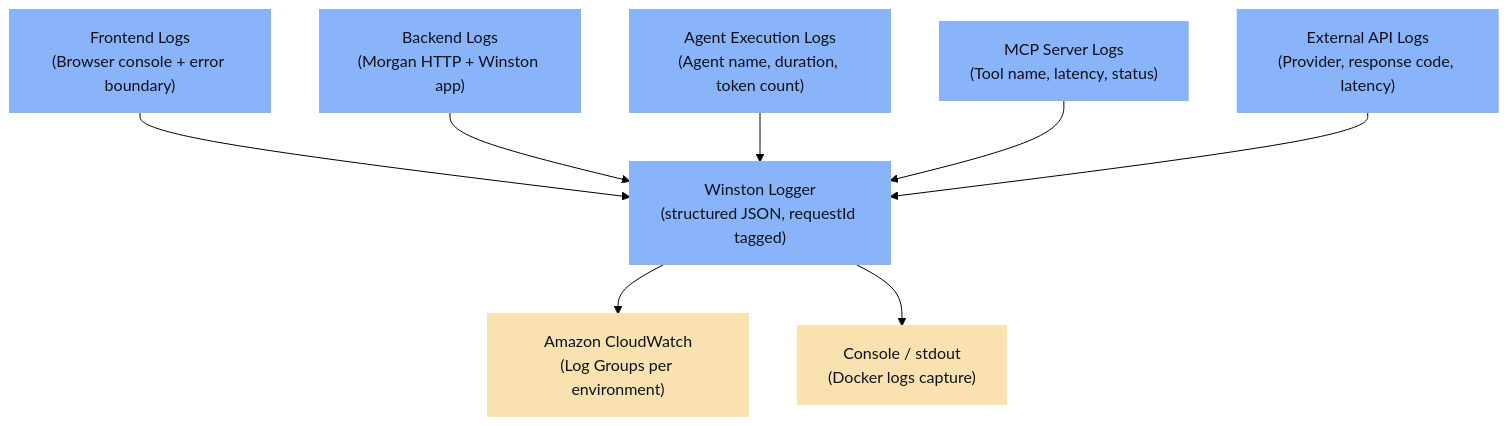
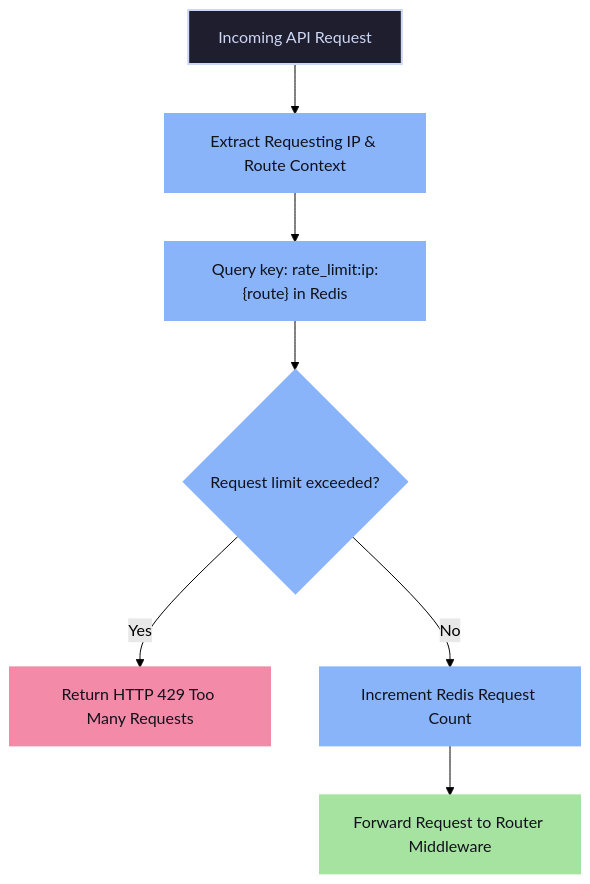
One commit to Dhayananth1511/CapStoneProject_Presidio_InternShip changed diagram 12 of 12 in README.md. Above: the diagram before and after it, drawn with Mermaid (forest theme). The commit also changed other lines of this file, not shown here.

Commit message:
Final Flow Chart

````diff
--- a/README.md
+++ b/README.md
@@ -940,21 +861,17 @@
 ```mermaid
 graph TD
     classDef default fill:#1e1e2e,stroke:#cdd6f4,stroke-width:2px,color:#cdd6f4;
-    classDef log fill:#89b4fa,stroke:#89b4fa,stroke-width:2px,color:#11111b;
-    classDef store fill:#f9e2af,stroke:#f9e2af,stroke-width:2px,color:#11111b;
+    classDef process fill:#89b4fa,stroke:#89b4fa,stroke-width:2px,color:#11111b;
+    classDef allow fill:#a6e3a1,stroke:#a6e3a1,stroke-width:2px,color:#11111b;
+    classDef deny fill:#f38ba8,stroke:#f38ba8,stroke-width:2px,color:#11111b;
 
-    FELog["Frontend Logs<br/>(Browser console + error boundary)"]:::log
-    BELog["Backend Logs<br/>(Morgan HTTP + Winston app)"]:::log
-    AgentLog["Agent Execution Logs<br/>(Agent name, duration, token count)"]:::log
-    MCPLog["MCP Server Logs<br/>(Tool name, latency, status)"]:::log
-    APILog["External API Logs<br/>(Provider, response code, latency)"]:::log
+    HttpRequest["Incoming API Request"] --> ExtractIP["Extract Requesting IP & Route Context"]:::process
+    ExtractIP --> RedisLookup["Query key: rate_limit:ip:{route} in Redis"]:::process
     
-    FELog --> Winston["Winston Logger<br/>(structured JSON, requestId tagged)"]:::log
-    BELog --> Winston
-    AgentLog --> Winston
-    MCPLog --> Winston
-    APILog --> Winston
+    RedisLookup --> IPExists{"Request limit exceeded?"}:::process
     
-    Winston --> CW["Amazon CloudWatch<br/>(Log Groups per environment)"]:::store
-    Winston --> Console["Console / stdout<br/>(Docker logs capture)"]:::store
+    IPExists -->|Yes| ThrottleReturn["Return HTTP 429 Too Many Requests"]:::deny
+    IPExists -->|No| IncrementCount["Increment Redis Request Count"]:::process
+    
+    IncrementCount --> PassToRouter["Forward Request to Router Middleware"]:::allow
 ```
````
